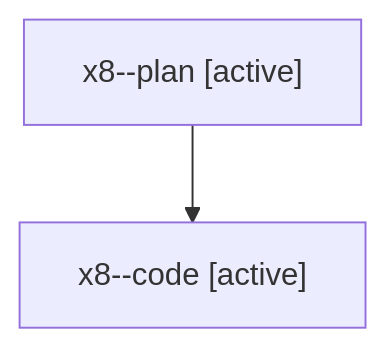
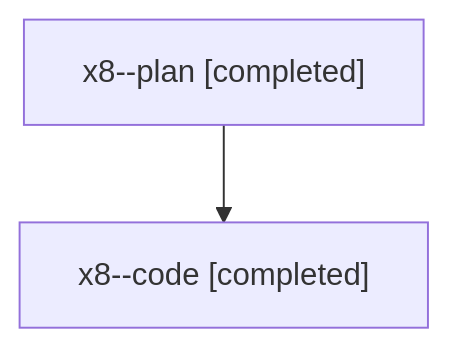
The diagram in families/bbugyi200.athena.x8.md (sase-org/sase--agents), drawn with Mermaid before and after one commit. The commit also changed other lines of this file and 2170 other files, not shown here.

````diff
--- a/families/bbugyi200.athena.x8.md
+++ b/families/bbugyi200.athena.x8.md
@@ -9,6 +9,6 @@
 ```mermaid
 flowchart TD
-  n0["x8--plan [active]"]
-  n1["x8--code [active]"]
+  n0["x8--plan [completed]"]
+  n1["x8--code [completed]"]
   n0 --> n1
 ```
````
